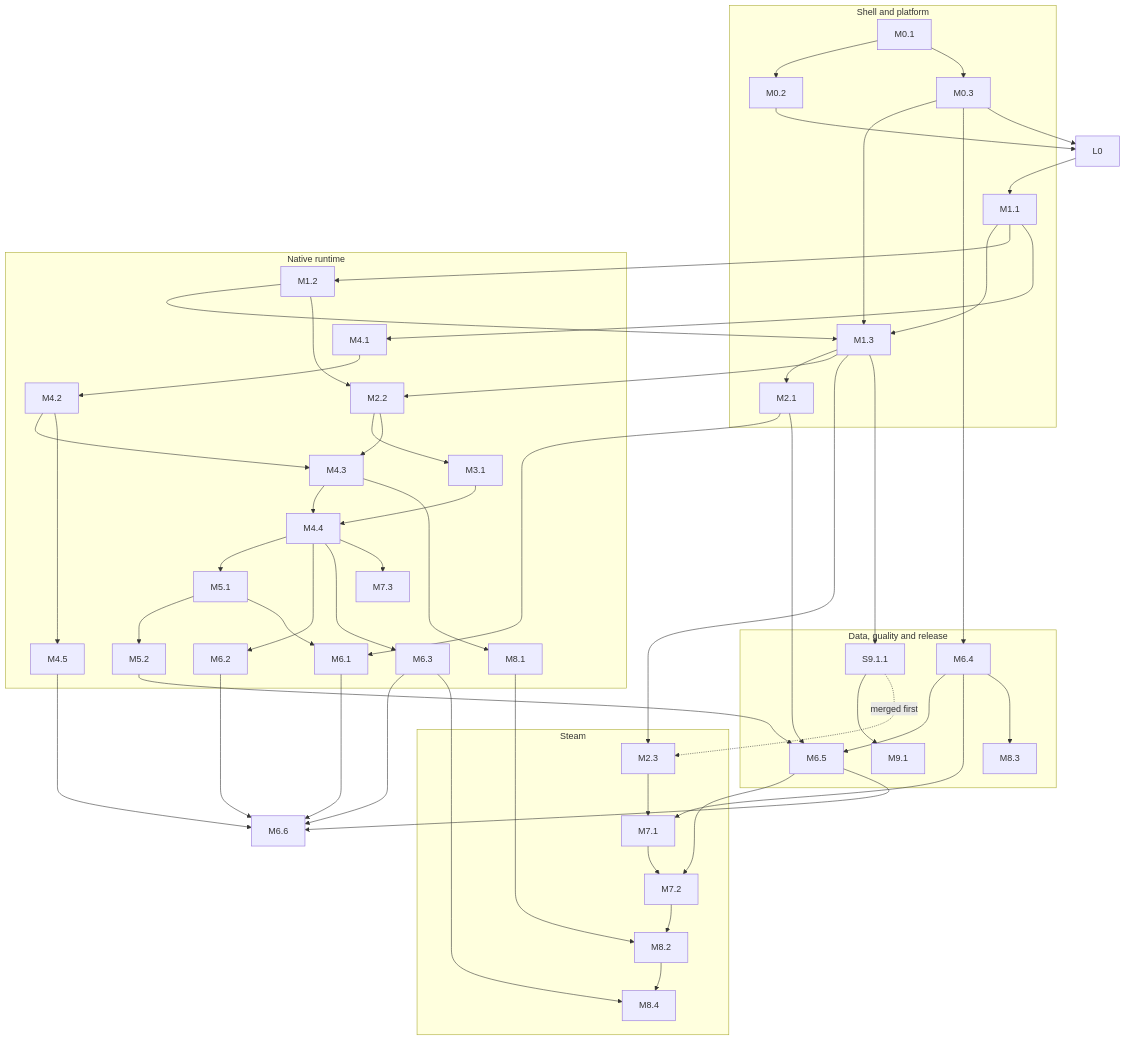
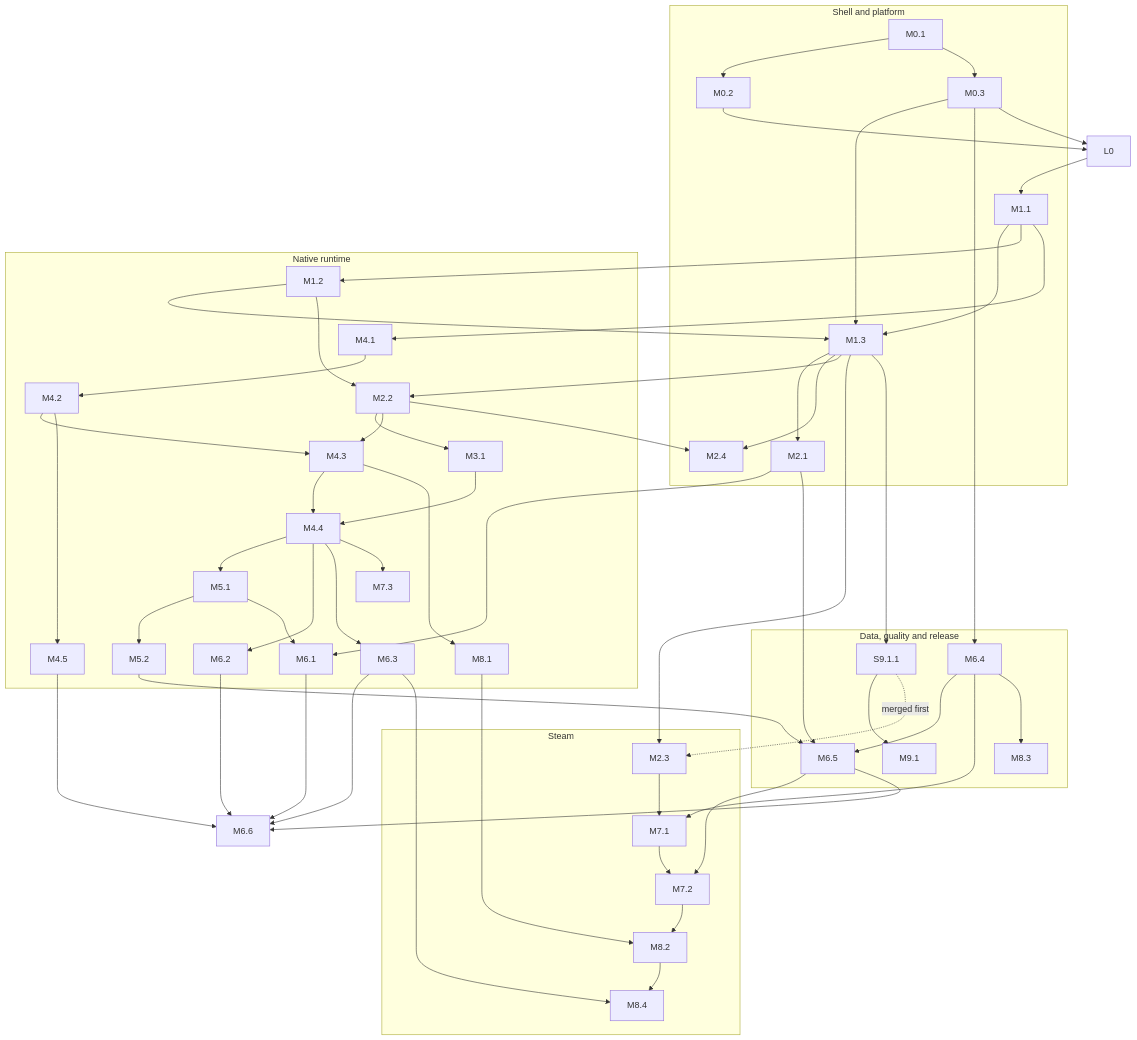
One commit to recelilious/Paneport changed the second of 2 diagrams in docs/design/development-plan.md. Above: the diagram before and after it, drawn with Mermaid. The commit also changed other lines of this file and 1 other file, not shown here.

````diff
--- a/docs/design/development-plan.md
+++ b/docs/design/development-plan.md
@@ -232,55 +233,57 @@
 ```mermaid
 flowchart TD
   subgraph Shell["Shell and platform"]
     M0_1["M0.1"] --> M0_2["M0.2"]
     M0_1 --> M0_3["M0.3"]
     M1_1["M1.1"] --> M1_3["M1.3"]
     M0_3 --> M1_3
     M1_3 --> M2_1["M2.1"]
+    M1_3 --> M2_4["M2.4"]
   end
   subgraph Runtime["Native runtime"]
     M1_1 --> M1_2["M1.2"]
     M1_2 --> M1_3
     M1_2 --> M2_2["M2.2"]
     M1_3 --> M2_2
     M2_2 --> M3_1["M3.1"]
     M1_1 --> M4_1["M4.1"] --> M4_2["M4.2"] --> M4_3["M4.3"]
     M2_2 --> M4_3
     M4_3 --> M4_4["M4.4"]
     M4_2 --> M4_5["M4.5"]
     M3_1 --> M4_4
     M4_4 --> M5_1["M5.1"] --> M5_2["M5.2"]
     M5_1 --> M6_1["M6.1"]
     M4_4 --> M6_2["M6.2"]
     M4_4 --> M6_3["M6.3"]
     M4_4 --> M7_3["M7.3"]
     M4_3 --> M8_1["M8.1"]
   end
   subgraph Steam["Steam"]
     M1_3 --> M2_3["M2.3"]
     M2_3 --> M7_1["M7.1"] --> M7_2["M7.2"]
     M7_2 --> M8_2["M8.2"]
     M8_1 --> M8_2
     M8_2 --> M8_4["M8.4"]
   end
   subgraph Data["Data, quality and release"]
     M0_3 --> M6_4["M6.4"] --> M6_5["M6.5"]
     M5_2 --> M6_5
     M6_4 --> M7_1
     M6_5 --> M7_2
     M6_4 --> M8_3["M8.3"]
     M1_3 --> S9_1_1["S9.1.1"] --> M9_1["M9.1"]
     S9_1_1 -. "merged first" .-> M2_3
   end
   M6_1 --> M6_6["M6.6"]
   M6_2 --> M6_6
   M6_3 --> M6_6
   M6_5 --> M6_6
   M4_5 --> M6_6
   M2_1 --> M6_1
+  M2_2 --> M2_4
   M2_1 --> M6_5
   M6_3 --> M8_4
   L0n["L0"] --> M1_1
   M0_2 --> L0n
   M0_3 --> L0n
 ```
````
